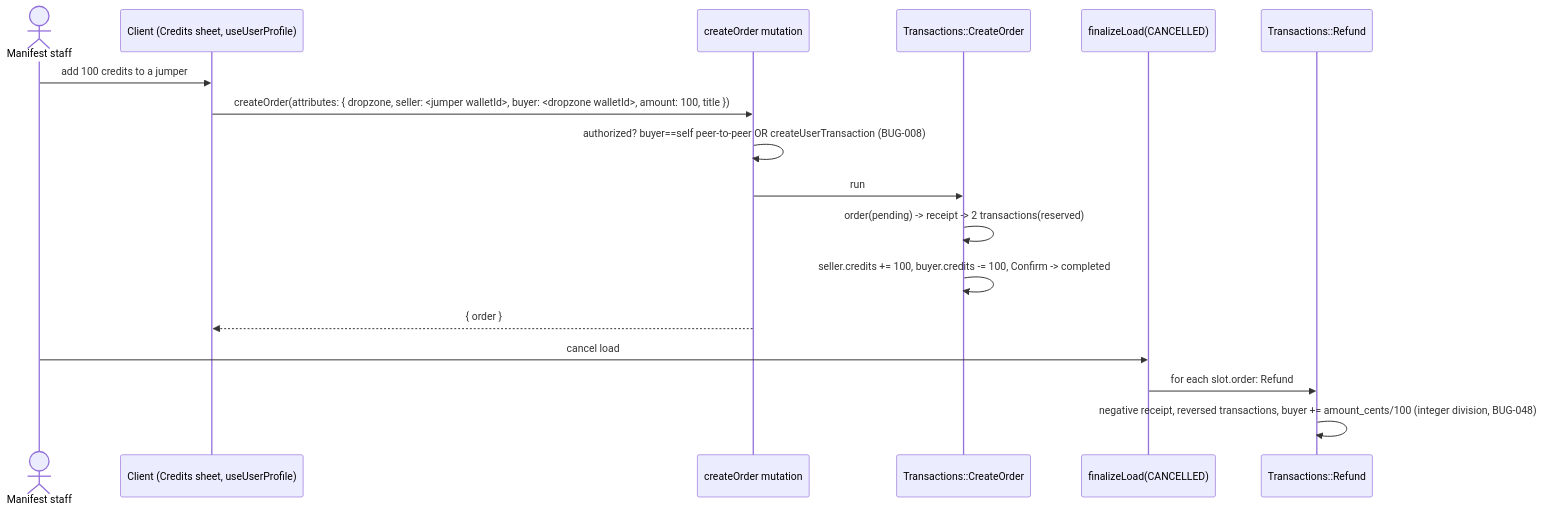
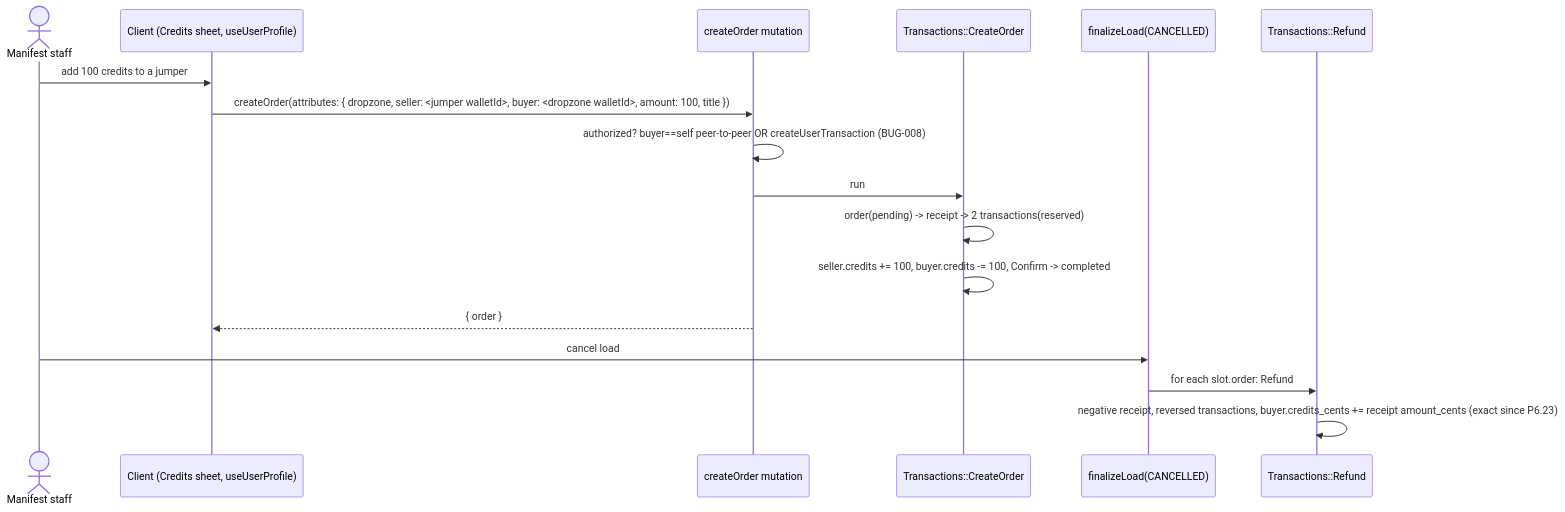
Before and after one commit to OpenManifest/openmanifest-server: the seventh of 10 diagrams in docs/reference/diagrams.md, drawn with Mermaid. The commit also changed 22 other files, not shown here.

First line of the commit message:
feat(money): store money as integer cents, expose *Cents in the API [P6.23]

````diff
--- a/docs/reference/diagrams.md
+++ b/docs/reference/diagrams.md
@@ -389,19 +389,19 @@
 ```mermaid
 sequenceDiagram
   actor M as Manifest staff
   participant C as Client (Credits sheet, useUserProfile)
   participant API as createOrder mutation
   participant CO as Transactions::CreateOrder
   participant FL as finalizeLoad(CANCELLED)
   participant R as Transactions::Refund
   M->>C: add 100 credits to a jumper
   C->>API: createOrder(attributes: { dropzone, seller: <jumper walletId>, buyer: <dropzone walletId>, amount: 100, title })
   API->>API: authorized? buyer==self peer-to-peer OR createUserTransaction (BUG-008)
   API->>CO: run
   CO->>CO: order(pending) -> receipt -> 2 transactions(reserved)
   CO->>CO: seller.credits += 100, buyer.credits -= 100, Confirm -> completed
   API-->>C: { order }
   M->>FL: cancel load
   FL->>R: for each slot.order: Refund
-  R->>R: negative receipt, reversed transactions, buyer += amount_cents/100 (integer division, BUG-048)
+  R->>R: negative receipt, reversed transactions, buyer.credits_cents += receipt amount_cents (exact since P6.23)
 ```
````
